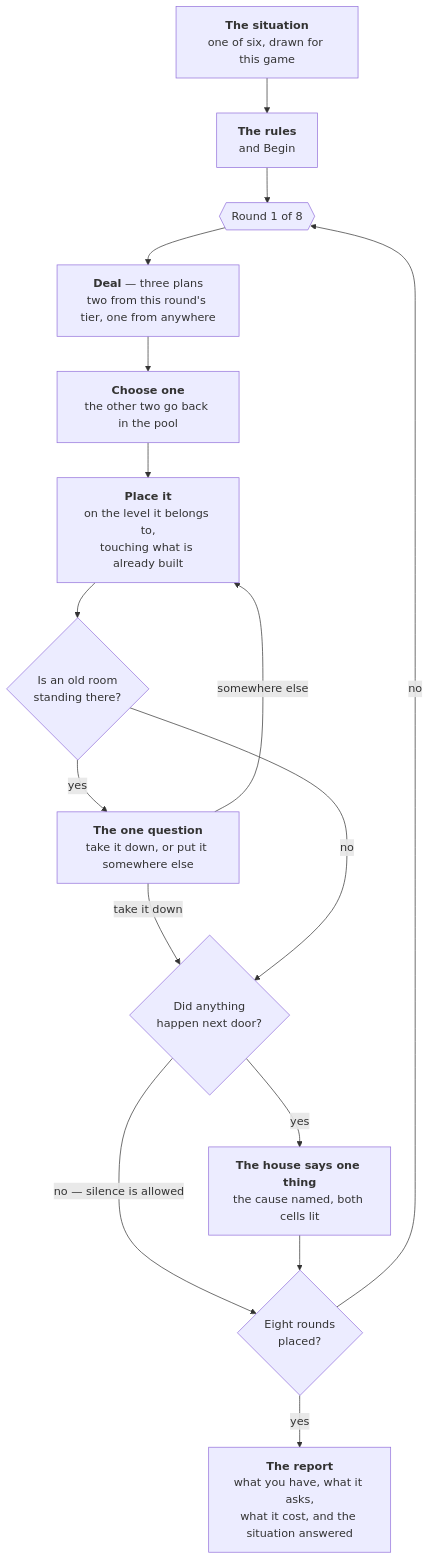
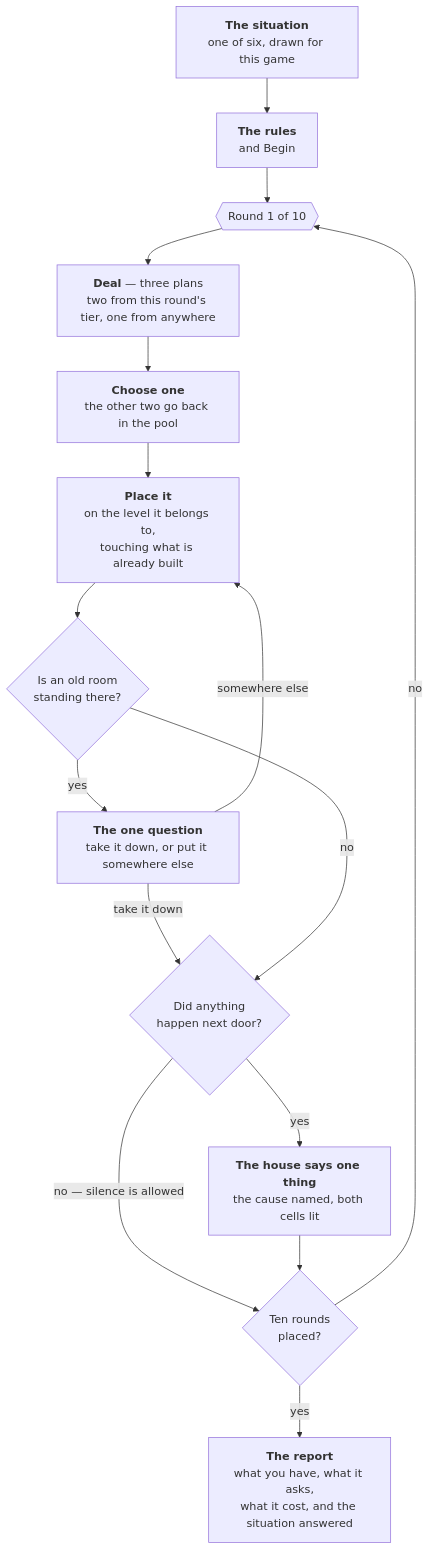
One commit to PlayableStories/building-on-game changed the diagram in GAME-FLOW.md. Above: the diagram before and after it, drawn with Mermaid. The commit also changed other lines of this file and 32 other files, not shown here.

````diff
--- a/GAME-FLOW.md
+++ b/GAME-FLOW.md
@@ -20,18 +20,18 @@
 ```mermaid
 flowchart TD
     A["<b>The situation</b><br/>one of six, drawn for this game"] --> B["<b>The rules</b><br/>and Begin"]
-    B --> C{{"Round 1 of 8"}}
+    B --> C{{"Round 1 of 10"}}
     C --> D["<b>Deal</b> — three plans<br/>two from this round's tier, one from anywhere"]
     D --> E["<b>Choose one</b><br/>the other two go back in the pool"]
     E --> F["<b>Place it</b><br/>on the level it belongs to,<br/>touching what is already built"]
     F --> G{"Is an old room<br/>standing there?"}
     G -- yes --> H["<b>The one question</b><br/>take it down, or put it somewhere else"]
     H -- "somewhere else" --> F
     H -- "take it down" --> I
     G -- no --> I{"Did anything<br/>happen next door?"}
     I -- yes --> J["<b>The house says one thing</b><br/>the cause named, both cells lit"]
     I -- "no — silence is allowed" --> K
-    J --> K{"Eight rounds<br/>placed?"}
+    J --> K{"Ten rounds<br/>placed?"}
     K -- no --> C
     K -- yes --> L["<b>The report</b><br/>what you have, what it asks,<br/>what it cost, and the situation answered"]
 ```
````
